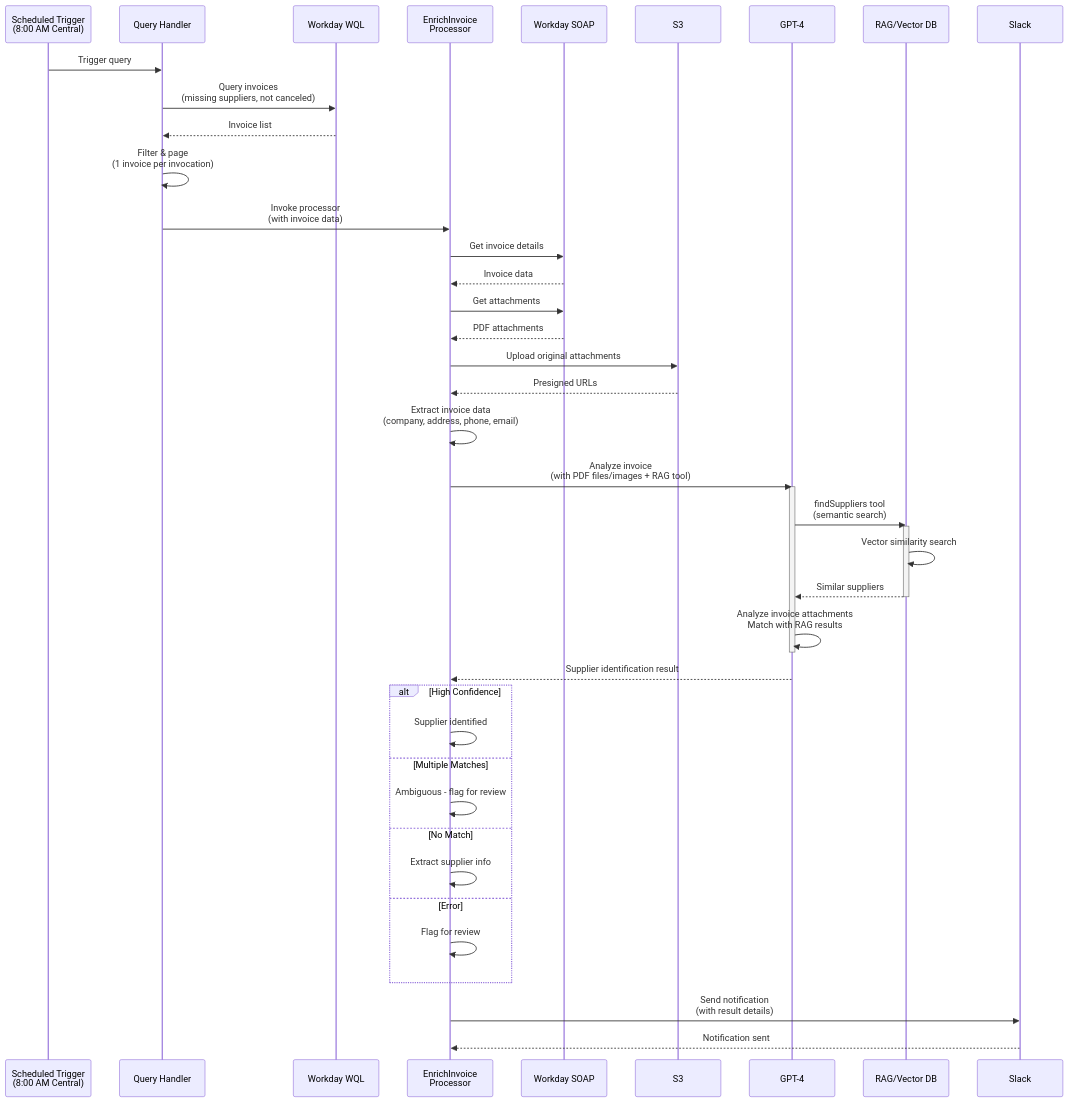
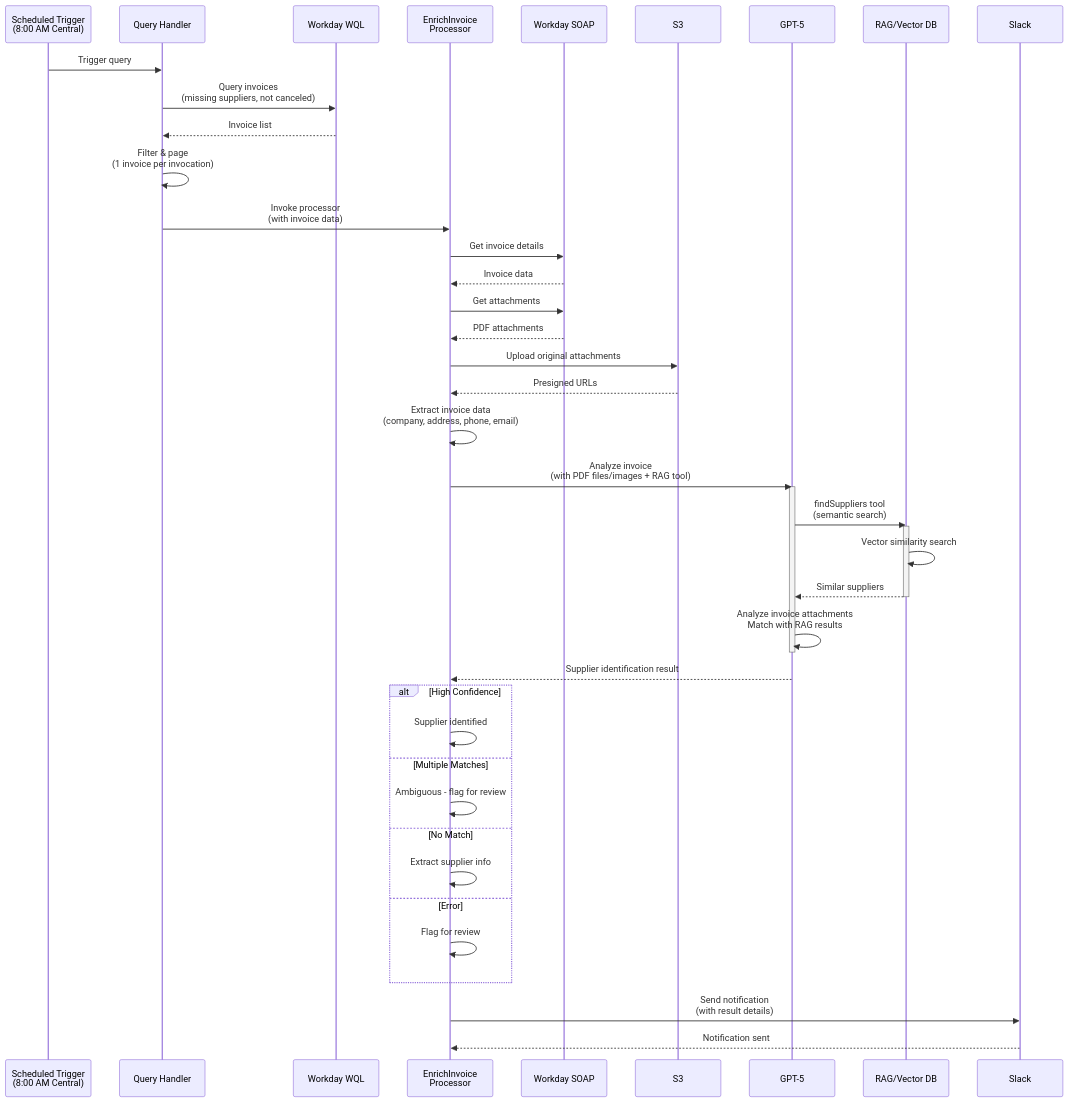
Before and after one commit to pgahq/finance-agent: the third of 7 diagrams in README.md, drawn with Mermaid. The commit also changed other lines of this file, not shown here.

Commit message:
chore: update readme to ref gpt-5 model

````diff
--- a/README.md
+++ b/README.md
@@ -317,53 +317,53 @@
 ```mermaid
 sequenceDiagram
     participant Scheduler as Scheduled Trigger<br/>(8:00 AM Central)
     participant QueryHandler as Query Handler
     participant WorkdayWQL as Workday WQL
     participant Processor as EnrichInvoice<br/>Processor
     participant WorkdaySOAP as Workday SOAP
     participant S3
-    participant AI as GPT-4
+    participant AI as GPT-5
     participant RAG as RAG/Vector DB
     participant Slack
 
     Scheduler->>QueryHandler: Trigger query
     QueryHandler->>WorkdayWQL: Query invoices<br/>(missing suppliers, not canceled)
     WorkdayWQL-->>QueryHandler: Invoice list
     QueryHandler->>QueryHandler: Filter & page<br/>(1 invoice per invocation)
     QueryHandler->>Processor: Invoke processor<br/>(with invoice data)
 
     Processor->>WorkdaySOAP: Get invoice details
     WorkdaySOAP-->>Processor: Invoice data
     Processor->>WorkdaySOAP: Get attachments
     WorkdaySOAP-->>Processor: PDF attachments
 
     Processor->>S3: Upload original attachments
     S3-->>Processor: Presigned URLs
 
     Processor->>Processor: Extract invoice data<br/>(company, address, phone, email)
 
     Processor->>AI: Analyze invoice<br/>(with PDF files/images + RAG tool)
     activate AI
     AI->>RAG: findSuppliers tool<br/>(semantic search)
     activate RAG
     RAG->>RAG: Vector similarity search
     RAG-->>AI: Similar suppliers
     deactivate RAG
 
     AI->>AI: Analyze invoice attachments<br/>Match with RAG results
     deactivate AI
     AI-->>Processor: Supplier identification result
 
     alt High Confidence
         Processor->>Processor: Supplier identified
     else Multiple Matches
         Processor->>Processor: Ambiguous - flag for review
     else No Match
         Processor->>Processor: Extract supplier info
     else Error
         Processor->>Processor: Flag for review
     end
 
     Processor->>Slack: Send notification<br/>(with result details)
     Slack-->>Processor: Notification sent
 ```
````
